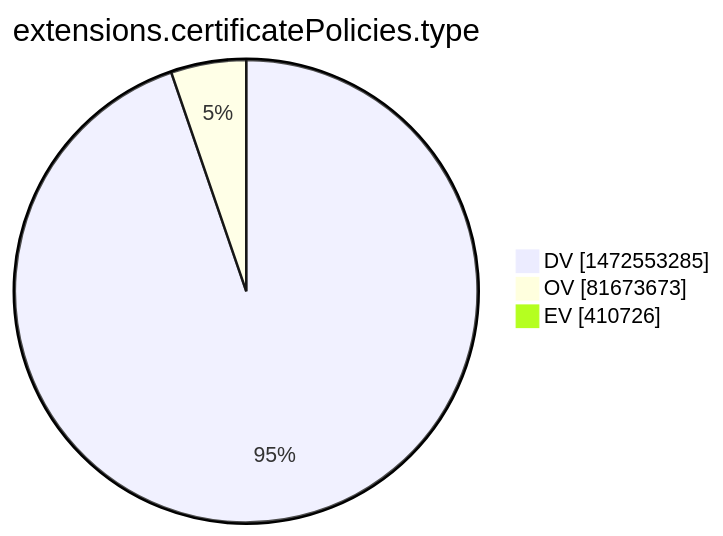
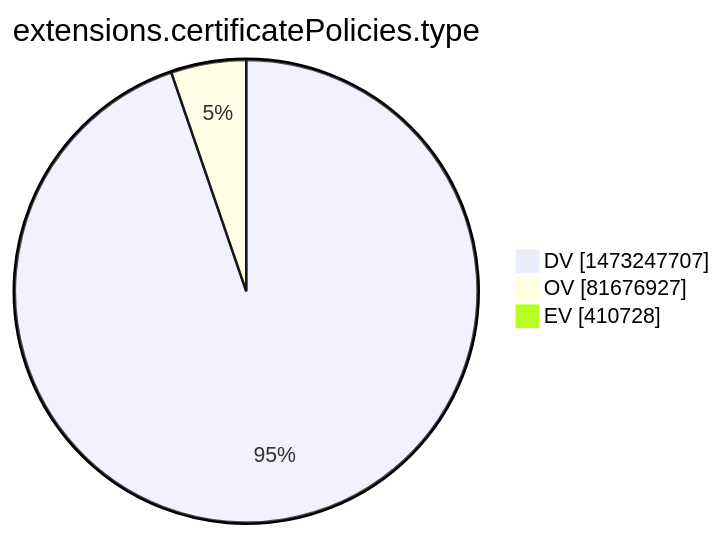
One commit to christiankrug/ctmonitor_visualization changed the tenth of 15 diagrams in xenon2022/README.md. Above: the diagram before and after it, drawn with Mermaid. The commit also changed other lines of this file, not shown here.

````diff
--- a/xenon2022/README.md
+++ b/xenon2022/README.md
@@ -2872,7 +2872,7 @@
 ```mermaid
 pie showData
 title extensions.certificatePolicies.type
-"DV" :1472553285
-"OV" :81673673
-"EV" :410726
+"DV" :1473247707
+"OV" :81676927
+"EV" :410728
 ```
````
